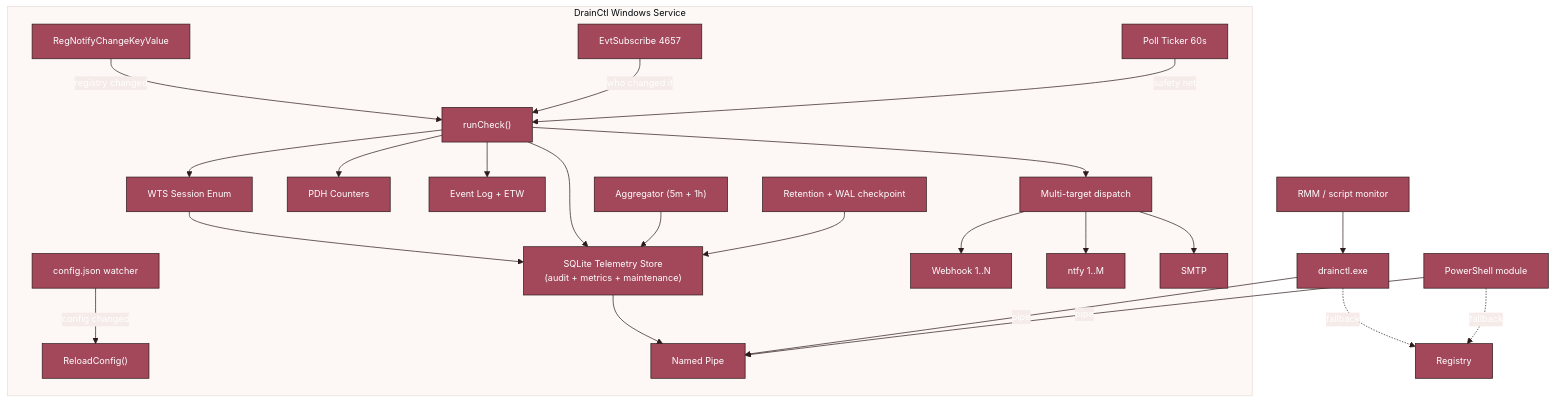
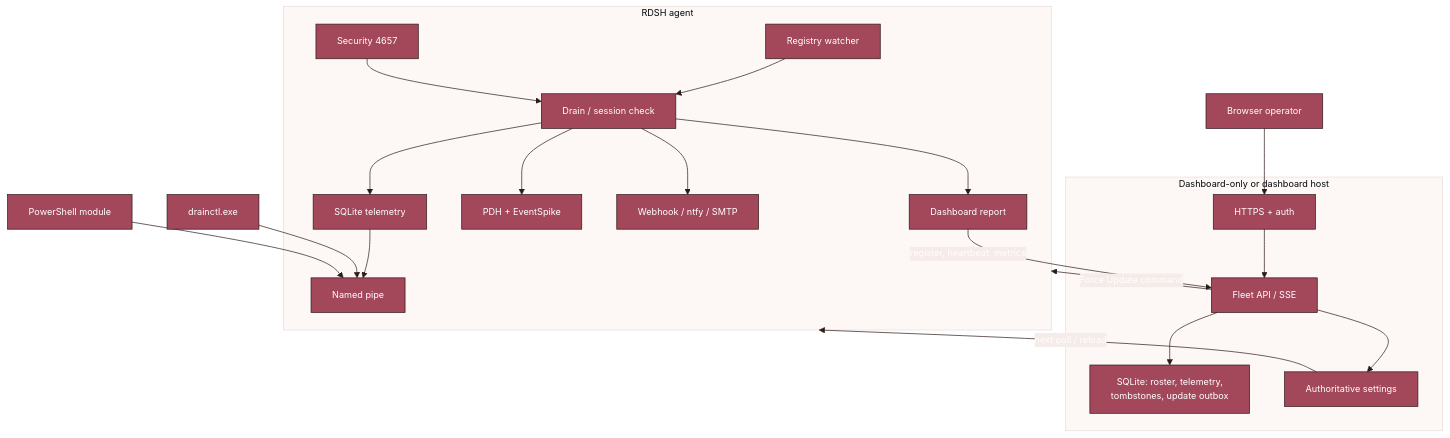
Before and after one commit to LISSConsulting/LISSTech.DrainCtl: the first of 2 diagrams in README.md, drawn with Mermaid. The commit also changed other lines of this file, not shown here.

````diff
--- a/README.md
+++ b/README.md
@@ -67,29 +67,26 @@
 ```mermaid
 %%{init: {'theme': 'base', 'themeVariables': {'primaryColor': '#a3475b', 'primaryTextColor': '#fff', 'primaryBorderColor': '#2d1a1a', 'secondaryColor': '#f5ebe8', 'tertiaryColor': '#fdf8f6', 'lineColor': '#2d1a1a', 'fontFamily': 'monospace', 'fontSize': '13px'}}}%%
 graph TB
-    subgraph SVC["DrainCtl Windows Service"]
-        RNK["RegNotifyChangeKeyValue"] -->|"registry changed"| CHECK["runCheck()"]
-        EVT["EvtSubscribe 4657"] -->|"who changed it"| CHECK
-        POLL["Poll Ticker 60s"] -->|"safety net"| CHECK
-        CFG["config.json watcher"] -->|"config changed"| RELOAD["ReloadConfig()"]
-        CHECK --> SESS["WTS Session Enum"]
-        SESS --> STORE["SQLite Telemetry Store<br/>(audit + metrics + maintenance)"]
-        CHECK --> PERF["PDH Counters"]
-        CHECK --> STORE
-        CHECK --> ELOG["Event Log + ETW"]
-        CHECK --> NOTIFY["Multi-target dispatch"]
-        NOTIFY --> WH["Webhook 1..N"]
-        NOTIFY --> NTFY["ntfy 1..M"]
-        NOTIFY --> EMAIL["SMTP"]
-        STORE --> PIPE["Named Pipe"]
-        AGG["Aggregator (5m + 1h)"] --> STORE
-        RET["Retention + WAL checkpoint"] --> STORE
+    subgraph AGENT["RDSH agent"]
+        RNK["Registry watcher"] --> CHECK["Drain / session check"]
+        EVT["Security 4657"] --> CHECK
+        CHECK --> STORE["SQLite telemetry"]
+        CHECK --> PERF["PDH + EventSpike"]
+        CHECK --> NOTIFY["Webhook / ntfy / SMTP"]
+        STORE --> PIPE["Named pipe"]
+        CHECK --> REPORT["Dashboard report"]
     end
 
-    CLI["drainctl.exe"] -->|"pipe"| PIPE
-    PS["PowerShell module"] -->|"pipe"| PIPE
-    RMM["RMM / script monitor"] --> CLI
+    subgraph DASH["Dashboard-only or dashboard host"]
+        AUTH["HTTPS + auth"] --> FLEET["Fleet API / SSE"]
+        FLEET --> DSTORE["SQLite: roster, telemetry,<br/>tombstones, update outbox"]
+        FLEET --> SETTINGS["Authoritative settings"]
+    end
 
-    CLI -.->|"fallback"| REG["Registry"]
-    PS -.->|"fallback"| REG
+    REPORT -->|"register, heartbeat, metrics"| FLEET
+    SETTINGS -->|"next poll / reload"| AGENT
+    FLEET -->|"Force Update command"| AGENT
+    CLI["drainctl.exe"] --> PIPE
+    PS["PowerShell module"] --> PIPE
+    OP["Browser operator"] --> AUTH
 ```
````
